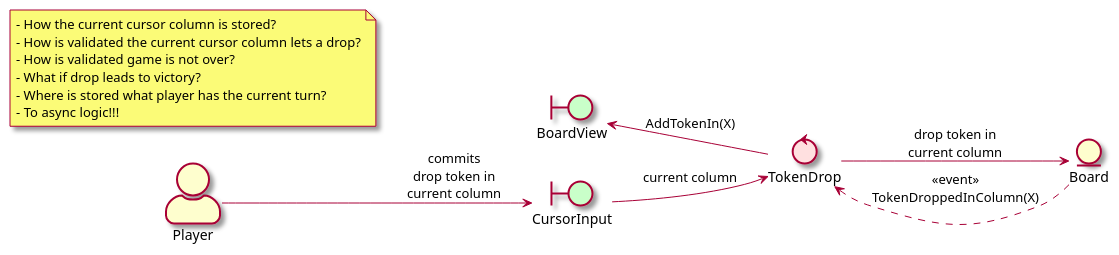
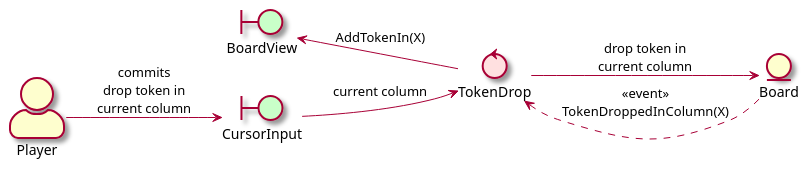
The diagram in Assets/Connect4/Documentation~/DropToken.puml (RicardoGuzmanVelasco/TDDpraxis), drawn with PlantUML before and after one commit. The commit also changed 2 other files, not shown here.

Commit message:
docs: move todo list from diagram to md file

```diff
--- a/Assets/Connect4/Documentation~/DropToken.puml
+++ b/Assets/Connect4/Documentation~/DropToken.puml
@@ -1,28 +1,19 @@
 @startuml
 skin rose
 skinparam actorstyle awesome
 left to right direction
 
 actor Player
 boundary CursorInput #technology
 boundary BoardView #technology
 control TokenDrop #implementation
 entity Board
 
 Player --> CursorInput : commits\ndrop token in\ncurrent column
 CursorInput --> TokenDrop : current column
 TokenDrop --> Board : drop token in\ncurrent column
 Board ..> TokenDrop : <<event>>\nTokenDroppedInColumn(X)
 TokenDrop -> BoardView : AddTokenIn(X)
 
 CursorInput .l. BoardView #transparent
-
-note as N1
-- How the current cursor column is stored?
-- How is validated the current cursor column lets a drop?
-- How is validated game is not over?
-- What if drop leads to victory?
-- Where is stored what player has the current turn?
-- To async logic!!!
-end note
 @enduml
```
